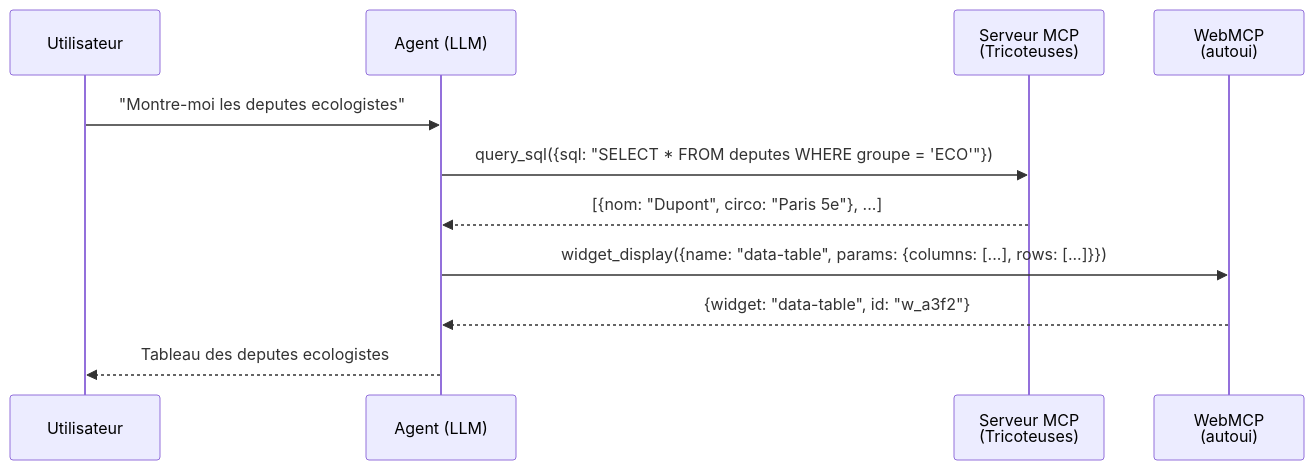
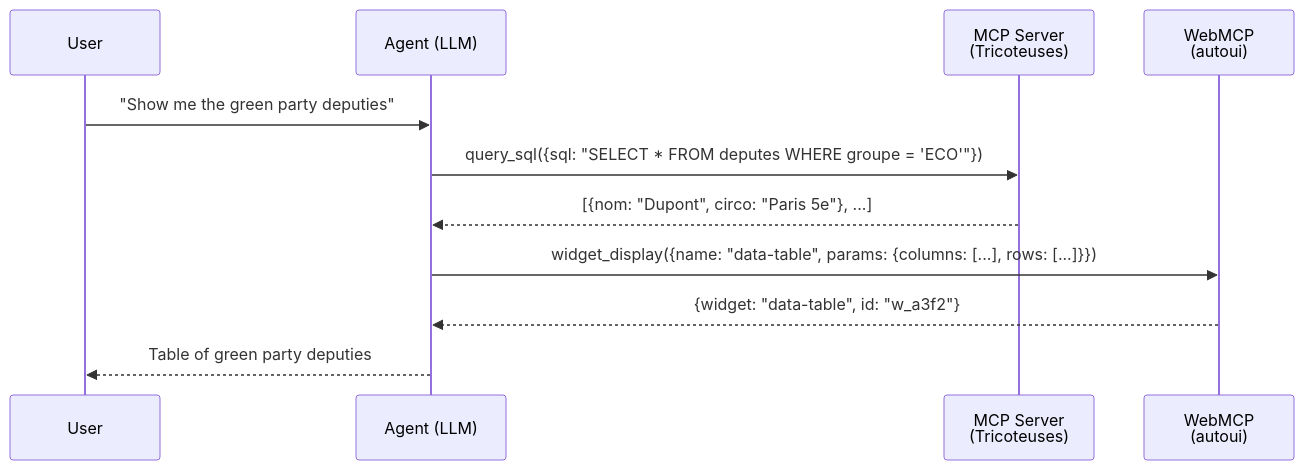
One commit to jeanbaptiste/webmcp-auto-ui changed the first of 5 diagrams in docs/starlight/src/content/docs/concepts/mcp.md. Above: the diagram before and after it, drawn with Mermaid. The commit also changed other lines of this file and 94 other files, not shown here.

````diff
--- a/docs/starlight/src/content/docs/concepts/mcp.md
+++ b/docs/starlight/src/content/docs/concepts/mcp.md
@@ -36,14 +36,14 @@
 ```mermaid
 sequenceDiagram
-    participant U as Utilisateur
+    participant U as User
     participant A as Agent (LLM)
-    participant MCP as Serveur MCP<br/>(Tricoteuses)
+    participant MCP as MCP Server<br/>(Tricoteuses)
     participant WM as WebMCP<br/>(autoui)
 
-    U->>A: "Montre-moi les deputes ecologistes"
+    U->>A: "Show me the green party deputies"
     A->>MCP: query_sql({sql: "SELECT * FROM deputes WHERE groupe = 'ECO'"})
     MCP-->>A: [{nom: "Dupont", circo: "Paris 5e"}, ...]
     A->>WM: widget_display({name: "data-table", params: {columns: [...], rows: [...]}})
     WM-->>A: {widget: "data-table", id: "w_a3f2"}
-    A-->>U: Tableau des deputes ecologistes
+    A-->>U: Table of green party deputies
 ```
````
